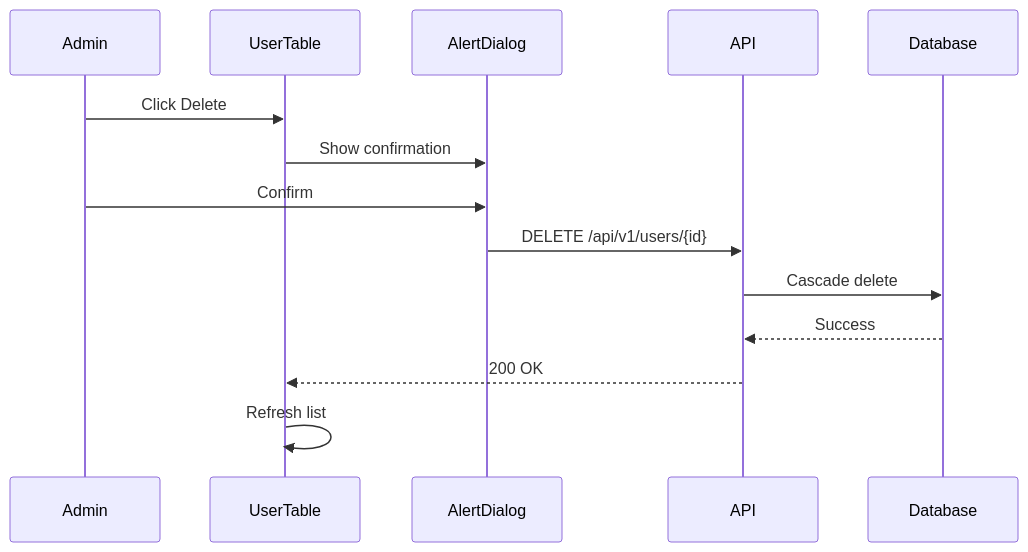
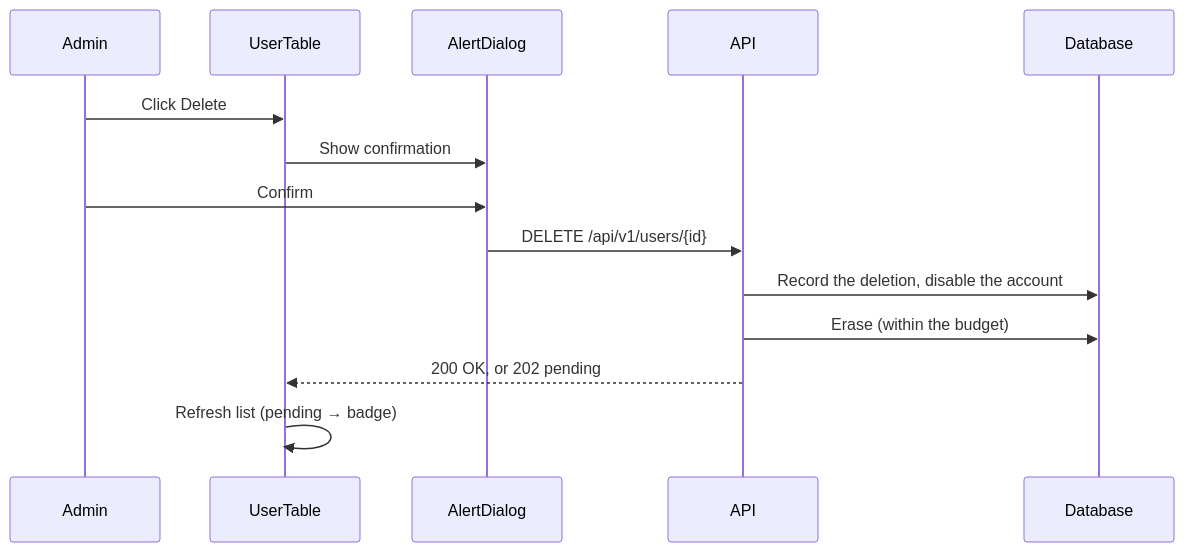
The diagram in .context/admin/user-management.md (human-centric-engineering/sunrise), drawn with Mermaid before and after one commit. The commit also changed other lines of this file and 4 other files, not shown here.

Commit message:
Document the erasure request budget and the 202 pending answer (t-845)

````diff
--- a/.context/admin/user-management.md
+++ b/.context/admin/user-management.md
@@ -79,11 +85,11 @@
 ```mermaid
 sequenceDiagram
     Admin->>UserTable: Click Delete
     UserTable->>AlertDialog: Show confirmation
     Admin->>AlertDialog: Confirm
     AlertDialog->>API: DELETE /api/v1/users/{id}
-    API->>Database: Cascade delete
-    Database-->>API: Success
-    API-->>UserTable: 200 OK
-    UserTable->>UserTable: Refresh list
+    API->>Database: Record the deletion, disable the account
+    API->>Database: Erase (within the budget)
+    API-->>UserTable: 200 OK, or 202 pending
+    UserTable->>UserTable: Refresh list (pending → badge)
 ```
````
